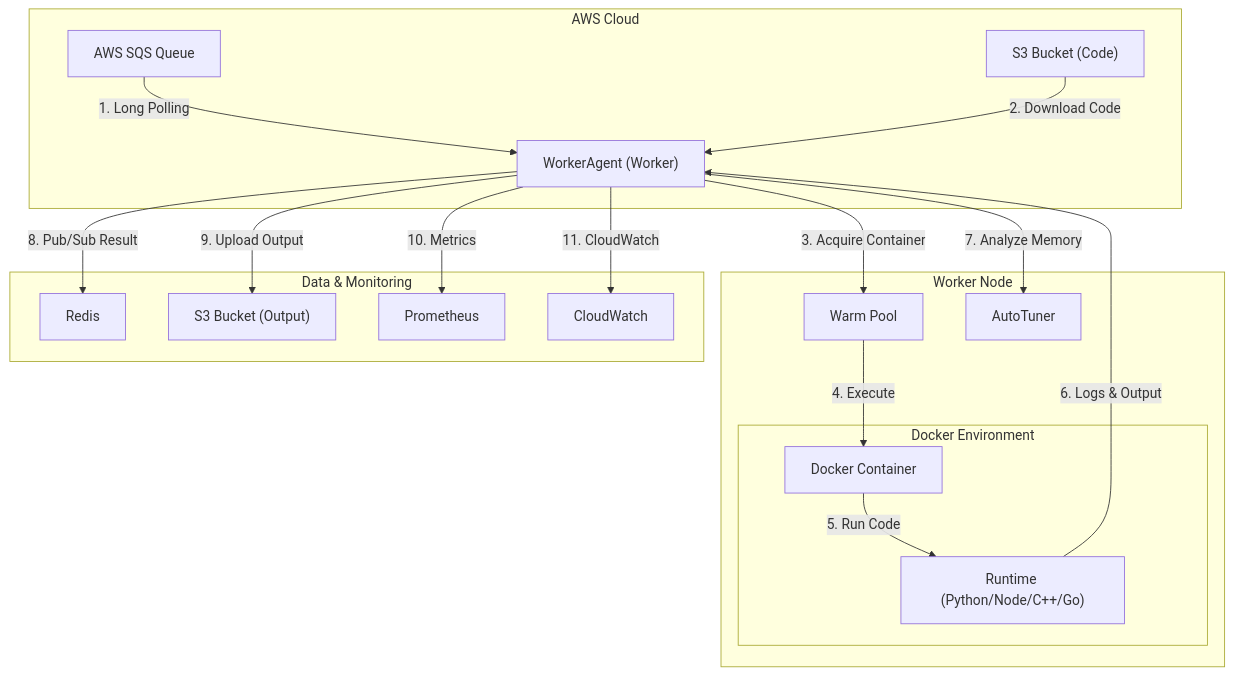
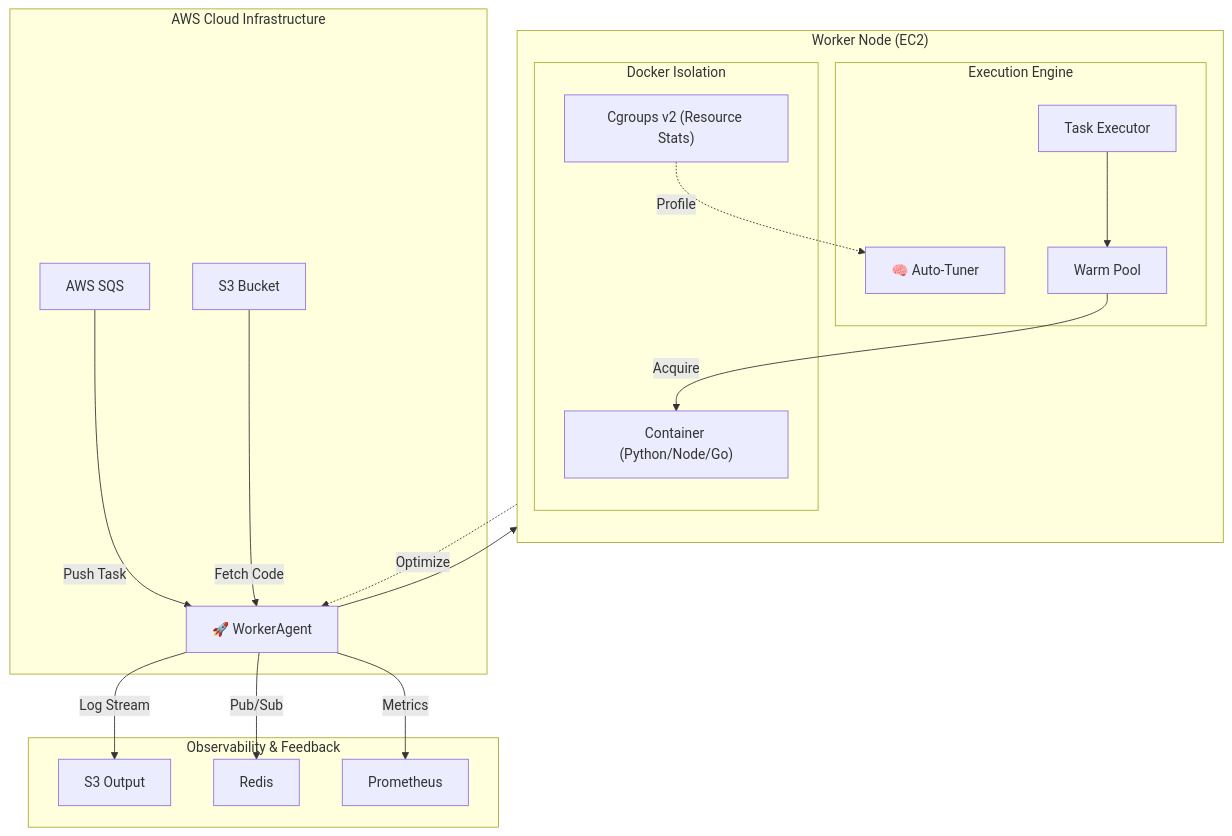
One commit to sangmu1126/Infra-worker changed the diagram in README.md. Above: the diagram before and after it, drawn with Mermaid. The commit also changed other lines of this file, not shown here.

````diff
--- a/README.md
+++ b/README.md
@@ -27,26 +31,35 @@
 ```mermaid
 flowchart TD
-    subgraph "AWS Cloud"
-        SQS[AWS SQS Queue] -->|"1. Long Polling"| Agent["WorkerAgent (Worker)"]
-        S3_Code["S3 Bucket (Code)"] -->|"2. Download Code"| Agent
+    subgraph Cloud["AWS Cloud Infrastructure"]
+        SQS[AWS SQS] -->|"Push Task"| Agent
+        S3[S3 Bucket] -->|"Fetch Code"| Agent
     end
 
-    subgraph "Worker Node"
-        Agent -->|"3. Acquire Container"| WarmPool[Warm Pool]
-        WarmPool -->|"4. Execute"| Container[Docker Container]
+    subgraph Worker["Worker Node (EC2)"]
+        direction TB
+        Agent["🚀 WorkerAgent"]
         
-        subgraph "Docker Environment"
-            Container -->|"5. Run Code"| Runtime["Runtime (Python/Node/C++/Go)"]
+        subgraph Engine["Execution Engine"]
+            Executor[Task Executor]
+            Pool[Warm Pool]
+            Tuner["🧠 Auto-Tuner"]
+        end
+
+        subgraph Runtime["Docker Isolation"]
+            Container["Container (Python/Node/Go)"]
+            Cgroups["Cgroups v2 (Resource Stats)"]
         end
         
-        Runtime -->|"6. Logs & Output"| Agent
-        Agent -->|"7. Analyze Memory"| AutoTuner[AutoTuner]
+        Agent --> Executor
+        Executor --> Pool
+        Pool -->|"Acquire"| Container
+        Cgroups -.->|"Profile"| Tuner
+        Tuner -.->|"Optimize"| Agent
     end
 
-    subgraph "Data & Monitoring"
-        Agent -->|"8. Pub/Sub Result"| Redis[Redis]
-        Agent -->|"9. Upload Output"| S3_Out["S3 Bucket (Output)"]
-        Agent -->|"10. Metrics"| Prometheus[Prometheus]
-        Agent -->|"11. CloudWatch"| CW[CloudWatch]
+    subgraph Output["Observability & Feedback"]
+        Agent -->|"Log Stream"| S3Out[S3 Output]
+        Agent -->|"Pub/Sub"| Redis
+        Agent -->|"Metrics"| Prom[Prometheus]
     end
 ```
````
